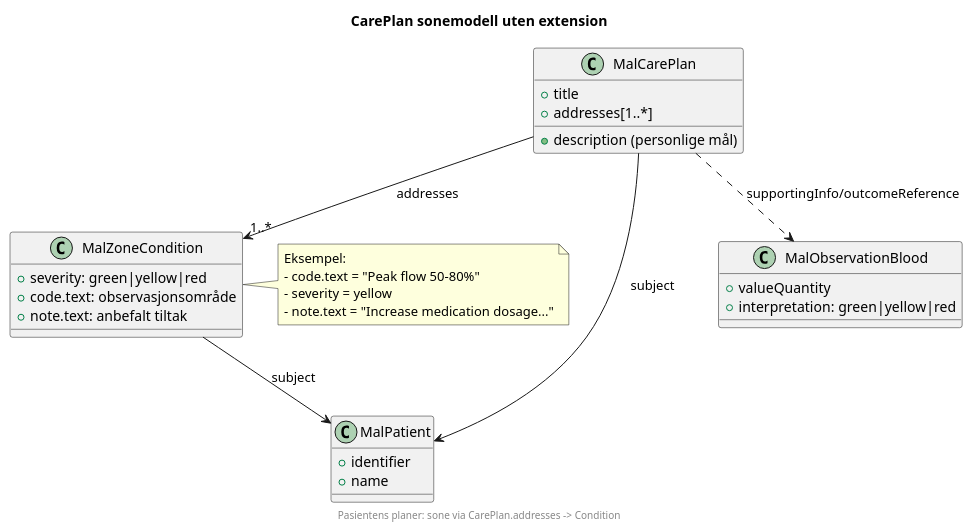
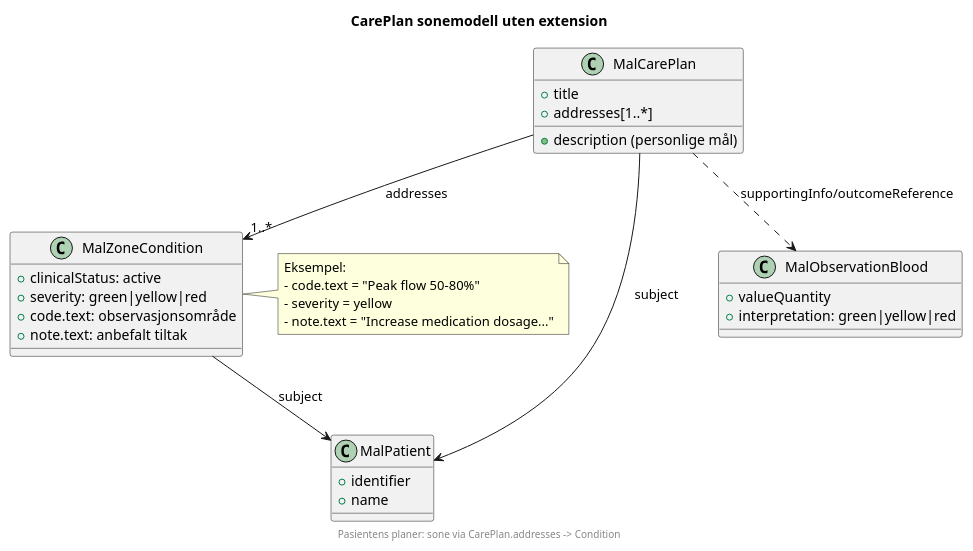
The diagram in mal/input/images/careplan-zones-model.puml (HL7Norway/Planer-CarePlan-hacking), drawn with PlantUML before and after one commit. The commit also changed 3 other files, not shown here.

```diff
--- a/mal/input/images/careplan-zones-model.puml
+++ b/mal/input/images/careplan-zones-model.puml
@@ -1,39 +1,40 @@
 @startuml
 title CarePlan sonemodell uten extension
 footer Pasientens planer: sone via CarePlan.addresses -> Condition
 
 class MalPatient {
   +identifier
   +name
 }
 
 class MalCarePlan {
   +title
   +description (personlige mål)
   +addresses[1..*]
 }
 
 class MalZoneCondition {
+  +clinicalStatus: active
   +severity: green|yellow|red
   +code.text: observasjonsområde
   +note.text: anbefalt tiltak
 }
 
 class MalObservationBlood {
   +valueQuantity
   +interpretation: green|yellow|red
 }
 
 MalCarePlan --> MalPatient : subject
 MalCarePlan --> "1..*" MalZoneCondition : addresses
 MalZoneCondition --> MalPatient : subject
 MalCarePlan ..> MalObservationBlood : supportingInfo/outcomeReference
 
 note right of MalZoneCondition
 Eksempel:
 - code.text = "Peak flow 50-80%"
 - severity = yellow
 - note.text = "Increase medication dosage..."
 end note
 
 @enduml
```
